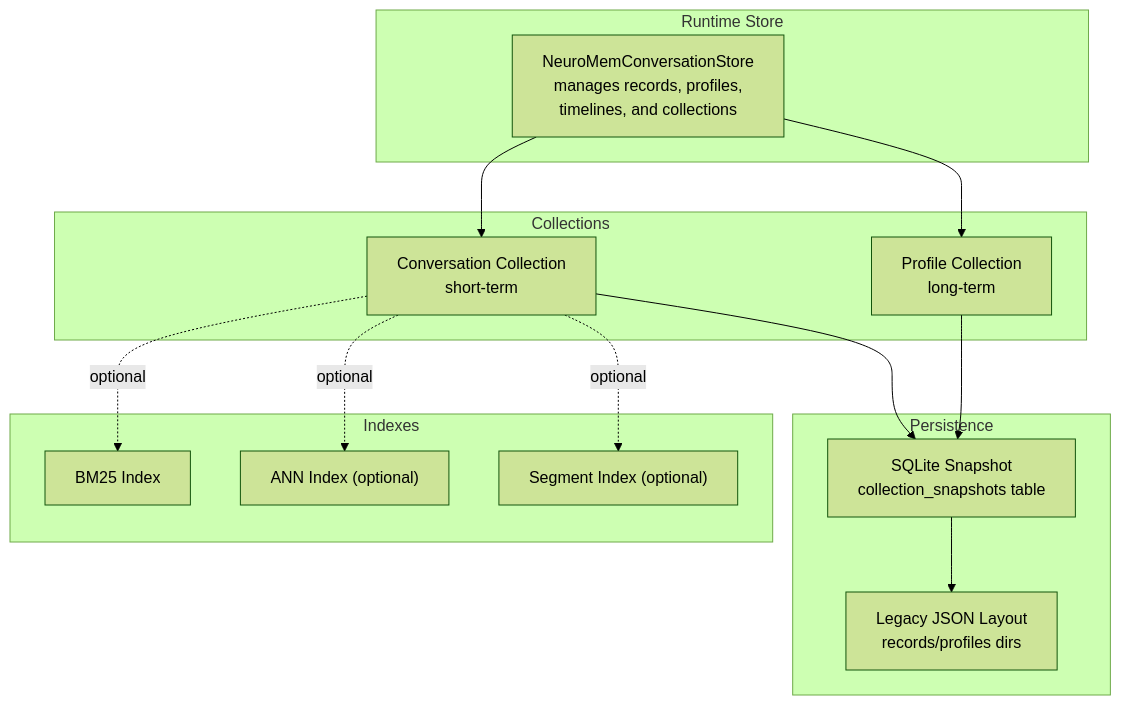
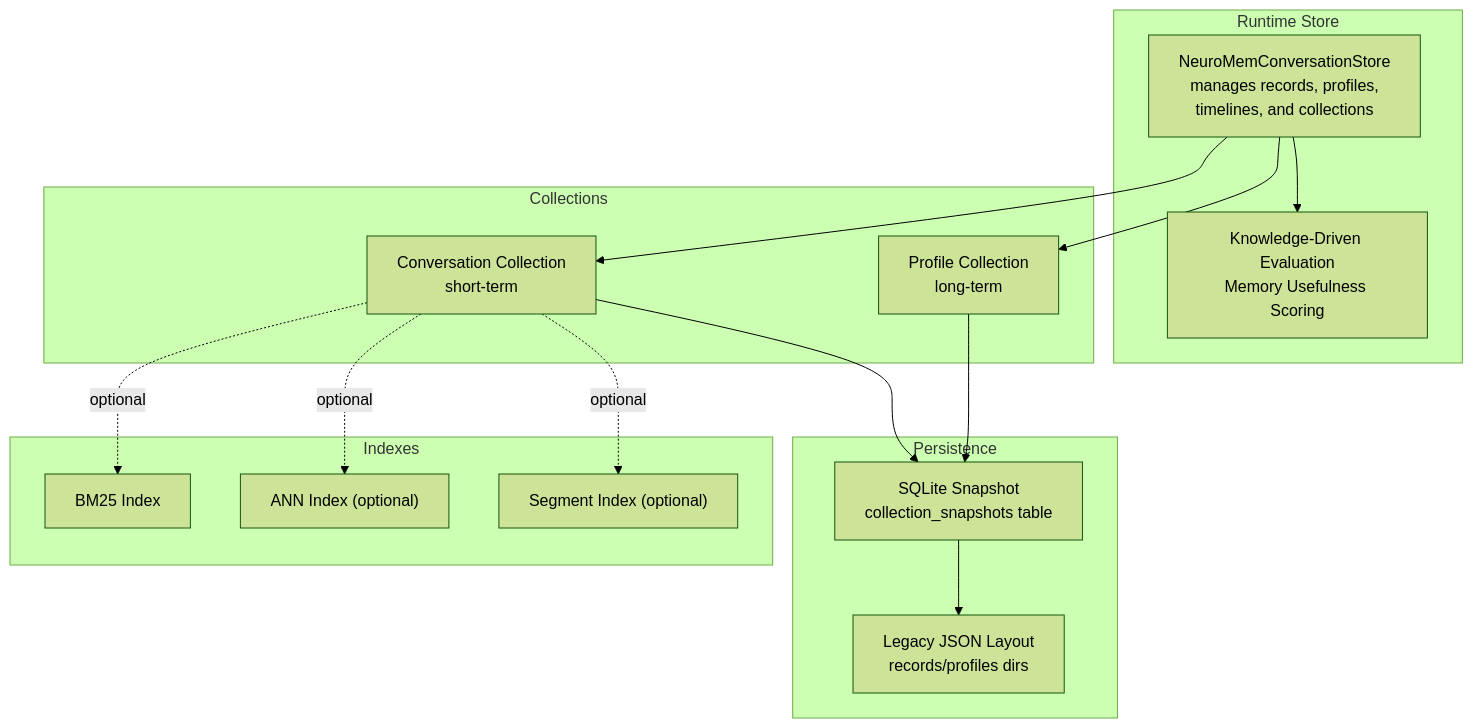
The first of 3 diagrams in .qoder/repowiki/en/content/Memory Systems/Conversation Memory.md (intellistream/sage-mate), drawn with Mermaid (forest theme) before and after one commit. The commit also changed other lines of this file and 60 other files, not shown here.

````diff
--- a/.qoder/repowiki/en/content/Memory Systems/Conversation Memory.md
+++ b/.qoder/repowiki/en/content/Memory Systems/Conversation Memory.md
@@ -31,27 +41,29 @@
 ```mermaid
 graph TB
 subgraph "Runtime Store"
 NCS["NeuroMemConversationStore<br/>manages records, profiles,<br/>timelines, and collections"]
+KUS["Knowledge-Driven Evaluation<br/>Memory Usefulness Scoring"]
 end
 subgraph "Collections"
 ConvColl["Conversation Collection<br/>short-term"]
 ProfColl["Profile Collection<br/>long-term"]
 end
 subgraph "Persistence"
 SQLite["SQLite Snapshot<br/>collection_snapshots table"]
 Disk["Legacy JSON Layout<br/>records/profiles dirs"]
 end
 subgraph "Indexes"
 BM25["BM25 Index"]
 ANN["ANN Index (optional)"]
 Segment["Segment Index (optional)"]
 end
 NCS --> ConvColl
 NCS --> ProfColl
+NCS --> KUS
 ConvColl --> SQLite
 ProfColl --> SQLite
 ConvColl -. optional .-> BM25
 ConvColl -. optional .-> ANN
 ConvColl -. optional .-> Segment
 SQLite --> Disk
 ```
````
